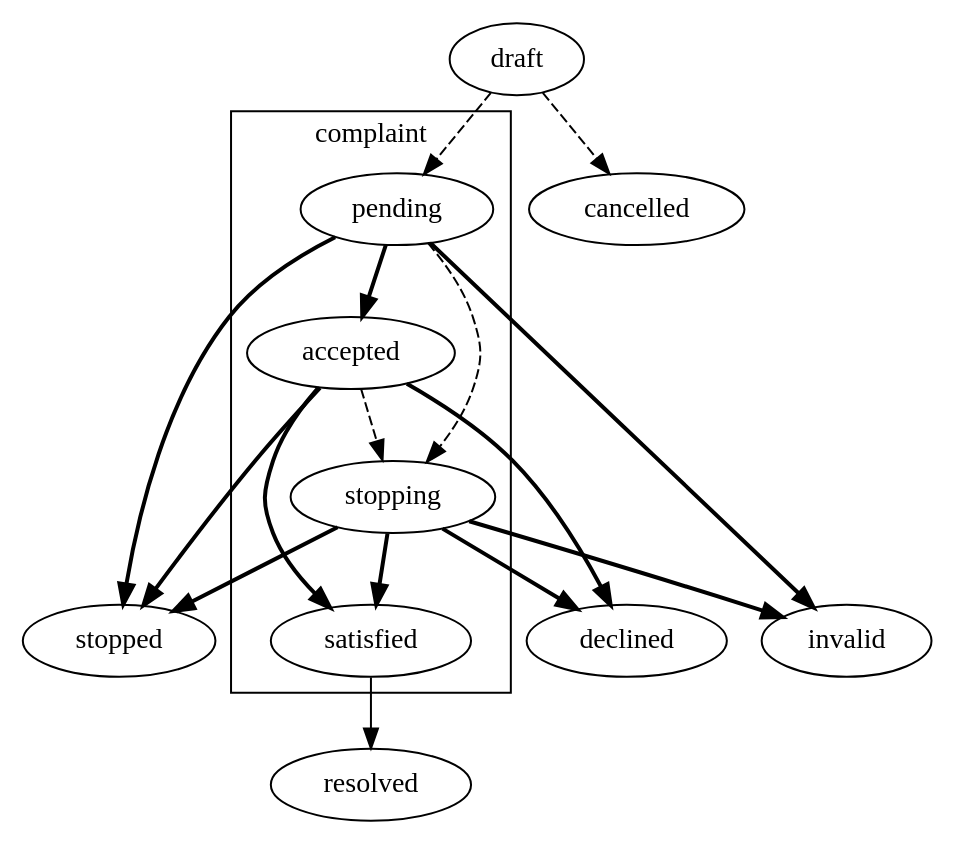
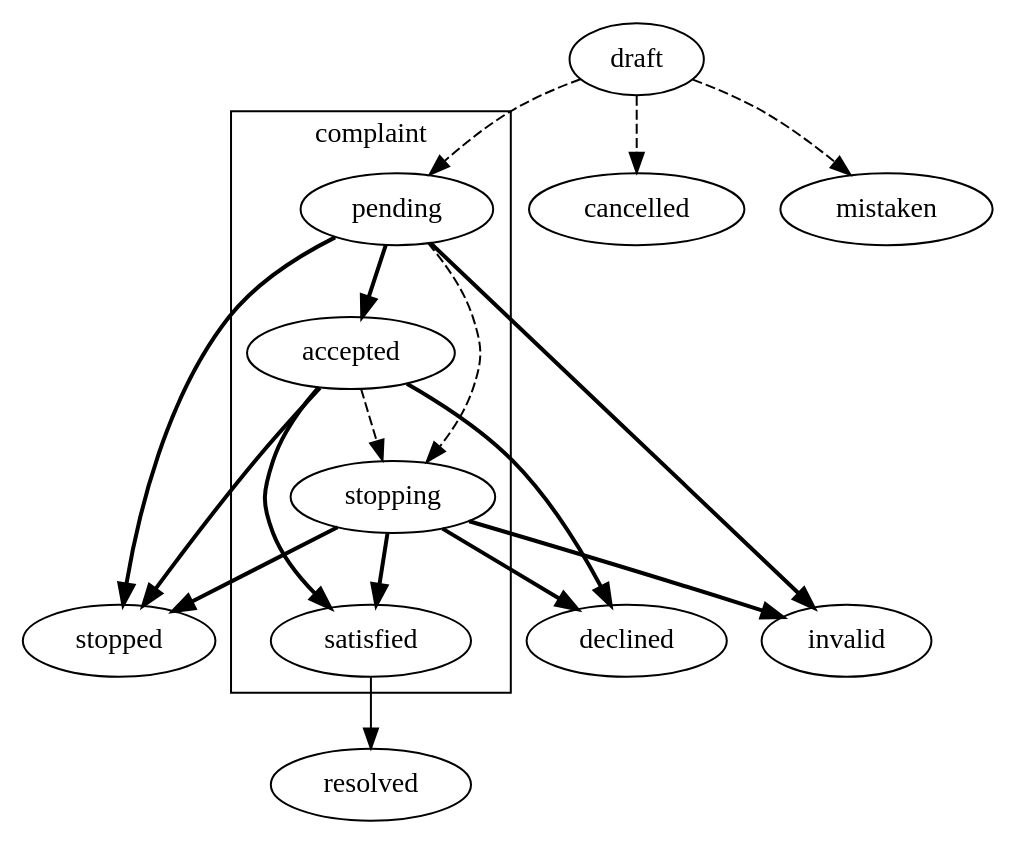
The third of 3 diagrams in docs/source/tendering/competitivedialogue/complaints.rst (ProzorroUKR/openprocurement.api), drawn with Graphviz before and after one commit. The commit also changed other lines of this file and 189 other files, not shown here.

```diff
--- a/docs/source/tendering/competitivedialogue/complaints.rst
+++ b/docs/source/tendering/competitivedialogue/complaints.rst
@@ -77,16 +77,16 @@
 .. graphviz::
 
     digraph G {
         subgraph cluster_complaint {
             label = "complaint";
             pending; accepted; stopping; satisfied;
         }
         satisfied -> resolved;
         edge[style=dashed];
-        draft -> {pending,cancelled}; 
+        draft -> {pending,cancelled,mistaken};
         {pending,accepted} -> stopping;
         edge[style=bold];
         pending -> {accepted,invalid,stopped};
         stopping -> {stopped,invalid,declined,satisfied};
         accepted -> {declined,satisfied,stopped};
     }
```
